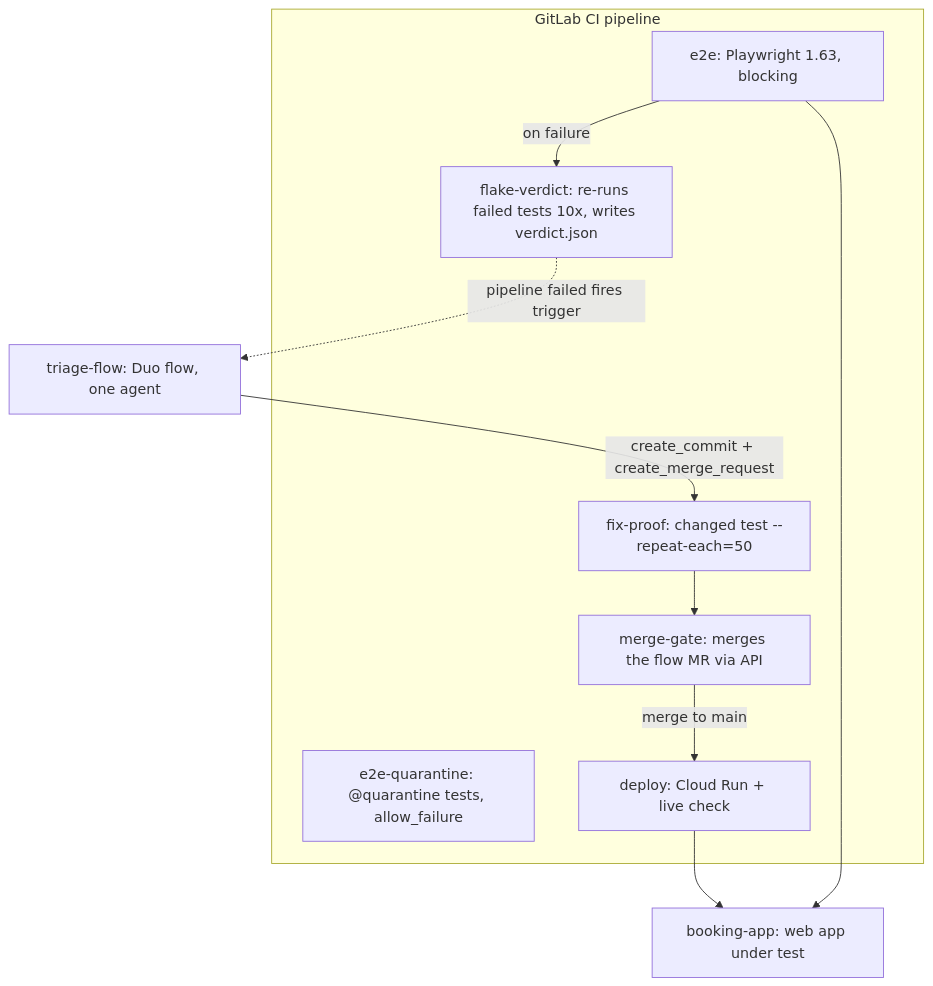
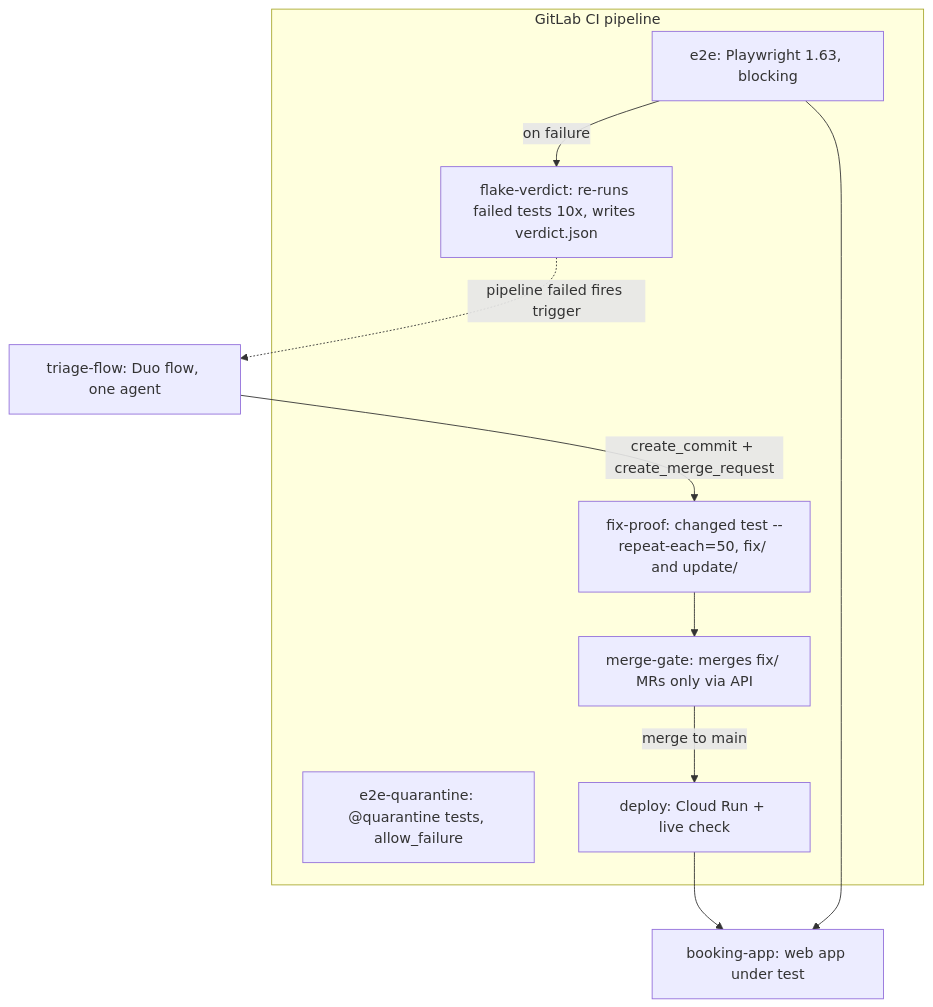
The second of 2 diagrams in docs/ARCHITECTURE.md (gmassello/plumb), drawn with Mermaid before and after one commit. The commit also changed other lines of this file, not shown here.

Commit message:
Architecture: classify always-failing tests, update/ branches never merge themselves

````diff
--- a/docs/ARCHITECTURE.md
+++ b/docs/ARCHITECTURE.md
@@ -56,20 +57,20 @@
 ```mermaid
 graph TB
   subgraph pipeline[GitLab CI pipeline]
     e2e[e2e: Playwright 1.63, blocking]
     verdict[flake-verdict: re-runs failed tests 10x, writes verdict.json]
-    proof[fix-proof: changed test --repeat-each=50]
-    gate[merge-gate: merges the flow MR via API]
+    proof[fix-proof: changed test --repeat-each=50, fix/ and update/]
+    gate[merge-gate: merges fix/ MRs only via API]
     quar[e2e-quarantine: @quarantine tests, allow_failure]
     deploy[deploy: Cloud Run + live check]
   end
   flow[triage-flow: Duo flow, one agent]
   app[booking-app: web app under test]
   e2e -->|on failure| verdict
   verdict -.->|pipeline failed fires trigger| flow
   flow -->|create_commit + create_merge_request| proof
   proof --> gate
   gate -->|merge to main| deploy
   deploy --> app
   e2e --> app
 ```
````
